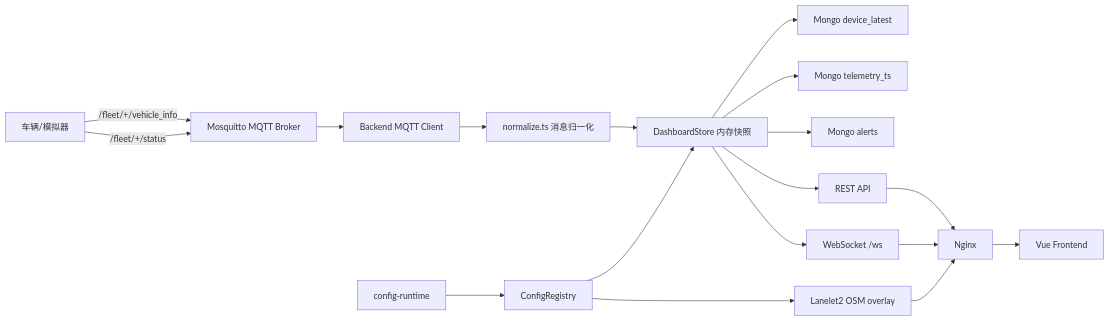
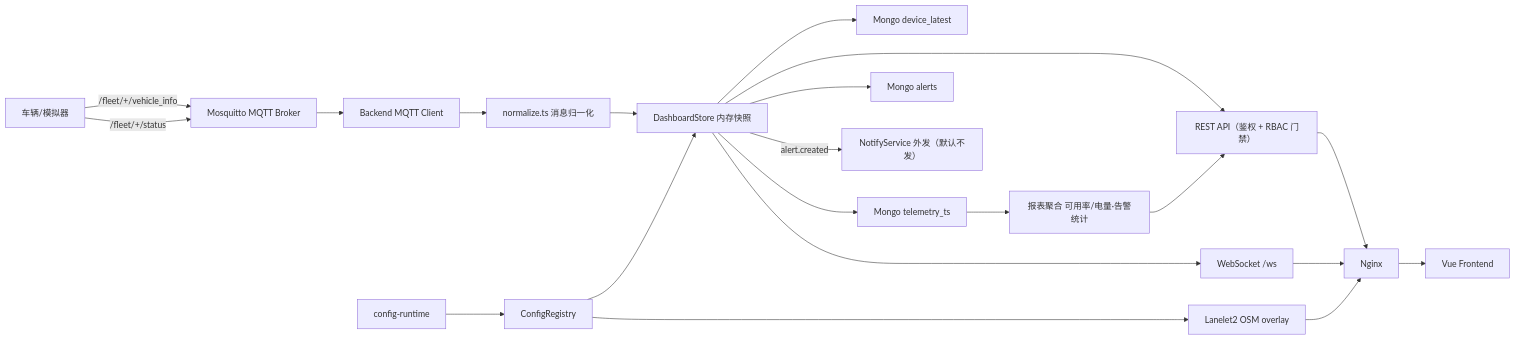
Before and after one commit to yezhoufan2005/NavFleet: the diagram in ARCHITECTURE.md, drawn with Mermaid. The commit also changed other lines of this file, not shown here.

First line of the commit message:
docs(1.8.0收敛): ARCHITECTURE 对齐现状——去阶段化 + 计数 + 补全 API 面

````diff
--- a/ARCHITECTURE.md
+++ b/ARCHITECTURE.md
@@ -59,20 +59,23 @@
 ```mermaid
 flowchart LR
   Vehicle["车辆/模拟器"] -->|/fleet/+/vehicle_info| Broker["Mosquitto MQTT Broker"]
   Vehicle -->|/fleet/+/status| Broker
   Broker --> BackendMqtt["Backend MQTT Client"]
   BackendMqtt --> Normalize["normalize.ts 消息归一化"]
   Normalize --> Store["DashboardStore 内存快照"]
   Store --> MongoLatest["Mongo device_latest"]
   Store --> MongoTs["Mongo telemetry_ts"]
   Store --> MongoAlerts["Mongo alerts"]
   Config["config-runtime"] --> Registry["ConfigRegistry"]
   Registry --> Store
-  Store --> Rest["REST API"]
+  Store -->|alert.created| Notify["NotifyService 外发（默认不发）"]
+  MongoTs --> Reports["报表聚合 可用率/电量·告警统计"]
+  Store --> Rest["REST API（鉴权 + RBAC 门禁）"]
+  Reports --> Rest
   Store --> Ws["WebSocket /ws"]
   Registry --> Overlay["Lanelet2 OSM overlay"]
   Rest --> Nginx["Nginx"]
   Ws --> Nginx
   Overlay --> Nginx
   Nginx --> Frontend["Vue Frontend"]
 ```
````
